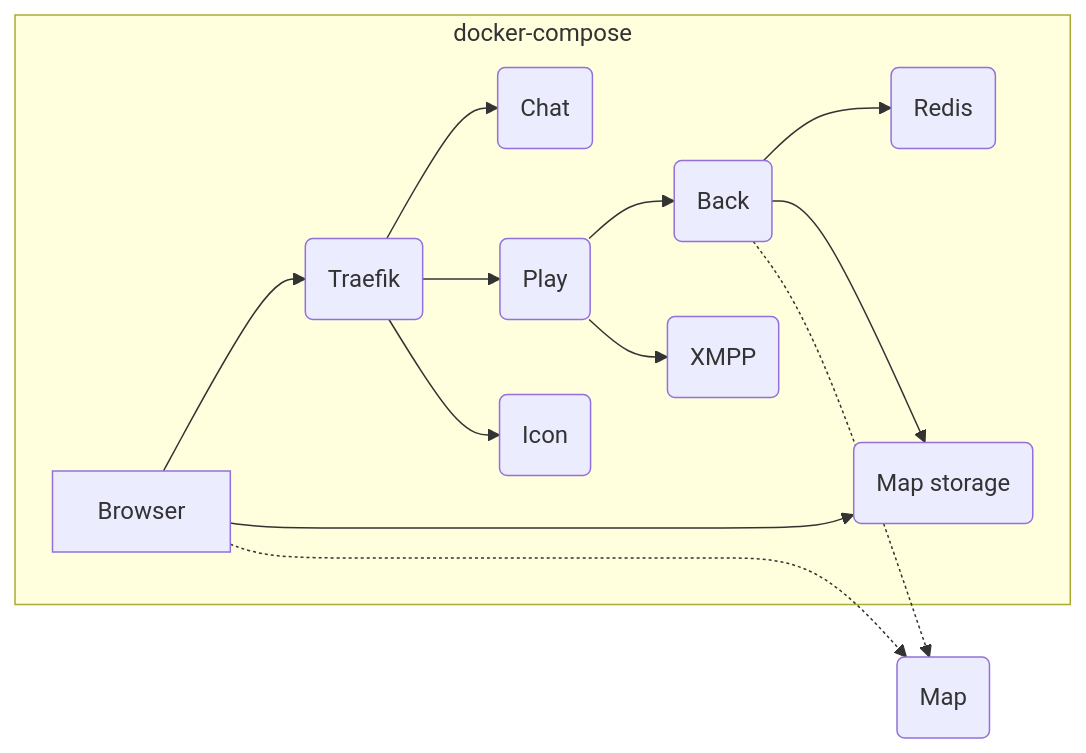
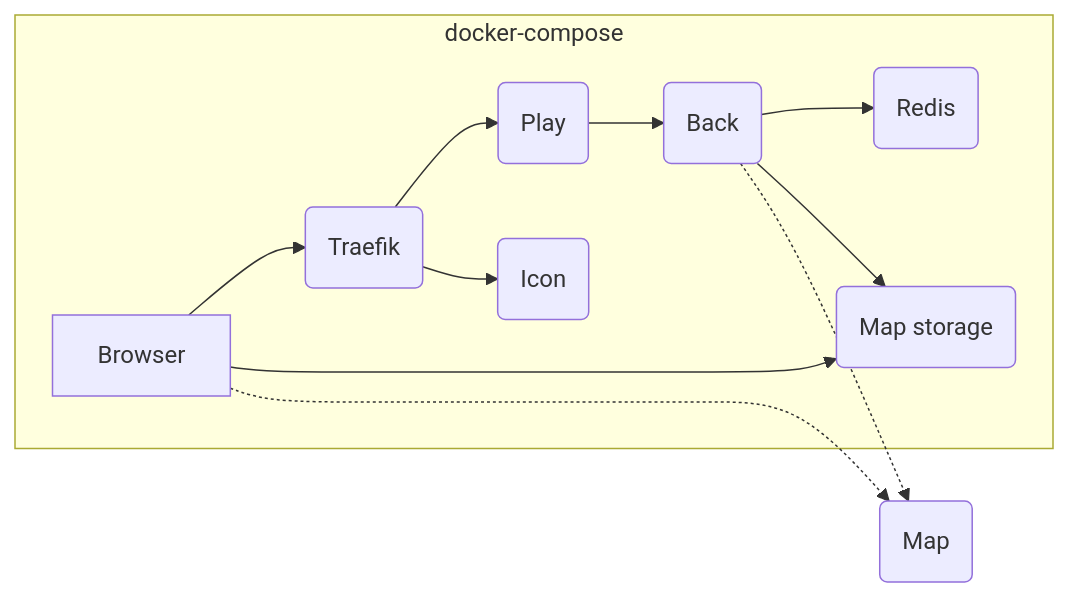
One commit to workadventure/workadventure changed the diagram in contrib/docker/README.md. Above: the diagram before and after it, drawn with Mermaid. The commit also changed other lines of this file and 835 other files, not shown here.

````diff
--- a/contrib/docker/README.md
+++ b/contrib/docker/README.md
@@ -37,16 +35,14 @@
 ```mermaid
 graph LR
     A[Browser] --> B(Traefik)
     subgraph docker-compose
-    B --> I(Chat)
     B --> D(Play)
     B --> E(Icon)
     D --> F(Back)
     F --> G(Redis)
-    D --> J(XMPP)
     F --> K(Map storage)
     A --> K(Map storage)
     end
     A .-> H(Map)
     F .-> H
 ```
````
